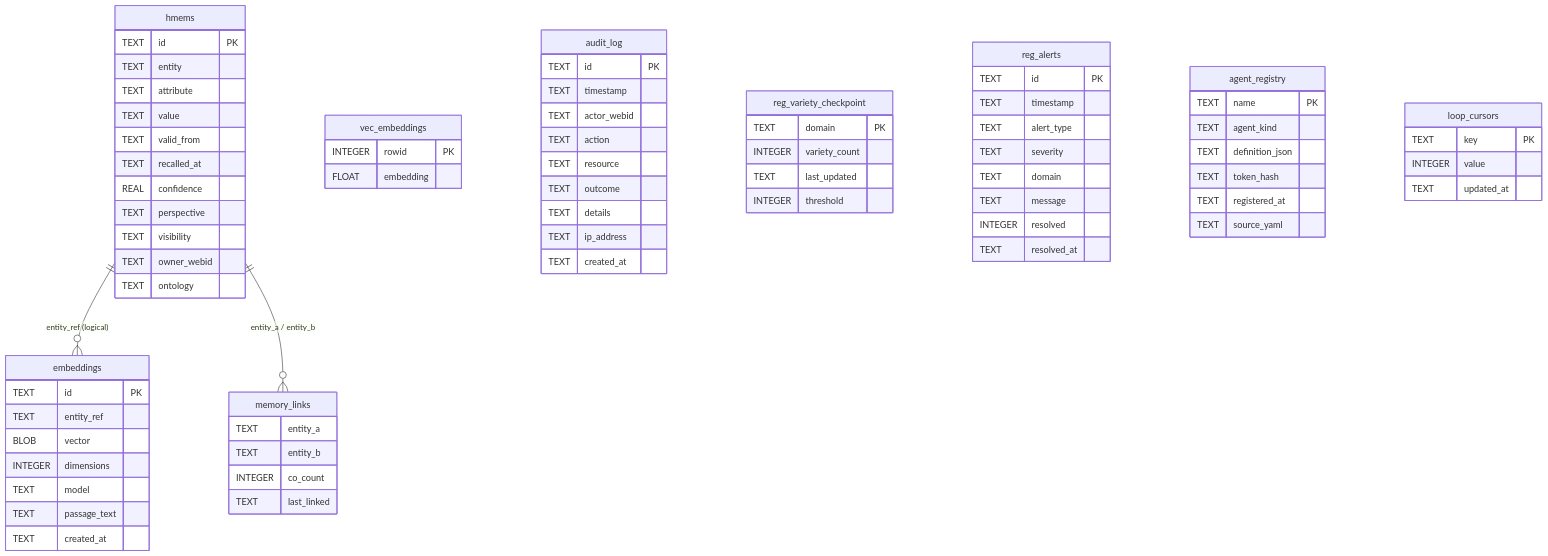
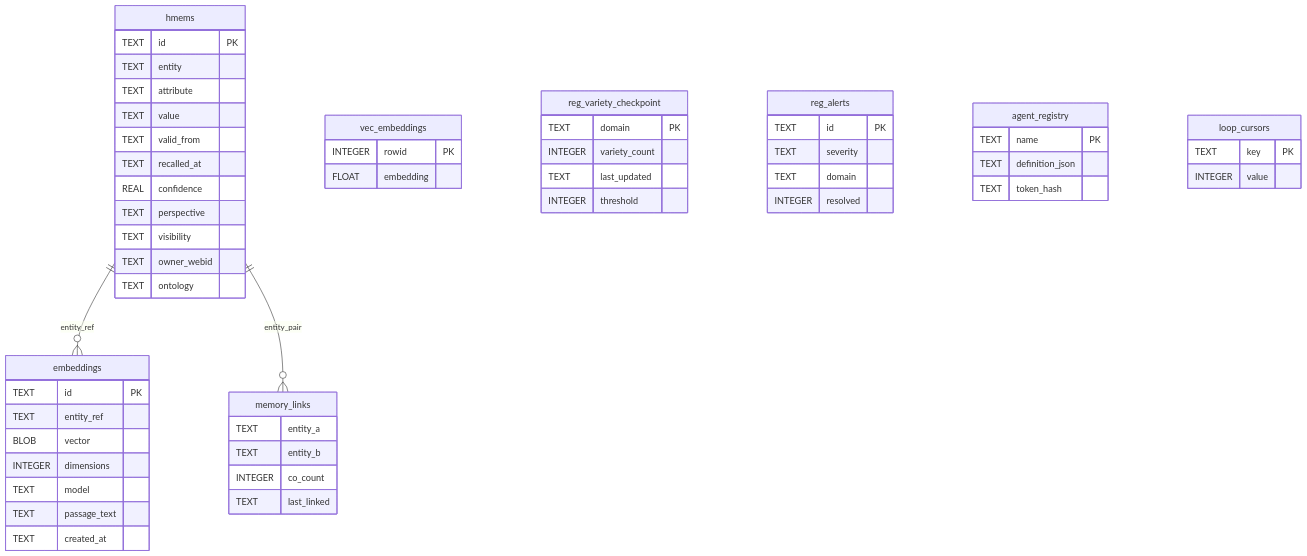
The third of 3 diagrams in kask/docs/diataxis/hkask-storage/reference.md (mdz-axo/zed-kask), drawn with Mermaid before and after one commit. The commit also changed other lines of this file and 12 other files, not shown here.

````diff
--- a/kask/docs/diataxis/hkask-storage/reference.md
+++ b/kask/docs/diataxis/hkask-storage/reference.md
@@ -203,79 +166,58 @@
 ```mermaid
 erDiagram
-    hmems ||--o{ embeddings : "entity_ref (logical)"
-    hmems ||--o{ memory_links : "entity_a / entity_b"
-
+    hmems ||--o{ embeddings : entity_ref
+    hmems ||--o{ memory_links : entity_pair
     hmems {
         TEXT id PK
         TEXT entity
         TEXT attribute
         TEXT value
         TEXT valid_from
-
         TEXT recalled_at
         REAL confidence
         TEXT perspective
         TEXT visibility
         TEXT owner_webid
         TEXT ontology
     }
     embeddings {
         TEXT id PK
         TEXT entity_ref
         BLOB vector
         INTEGER dimensions
         TEXT model
         TEXT passage_text
         TEXT created_at
     }
     vec_embeddings {
         INTEGER rowid PK
         FLOAT embedding
     }
     memory_links {
         TEXT entity_a
         TEXT entity_b
         INTEGER co_count
         TEXT last_linked
     }
-    audit_log {
-        TEXT id PK
-        TEXT timestamp
-        TEXT actor_webid
-        TEXT action
-        TEXT resource
-        TEXT outcome
-        TEXT details
-        TEXT ip_address
-        TEXT created_at
-    }
     reg_variety_checkpoint {
         TEXT domain PK
         INTEGER variety_count
         TEXT last_updated
         INTEGER threshold
     }
     reg_alerts {
         TEXT id PK
-        TEXT timestamp
-        TEXT alert_type
         TEXT severity
         TEXT domain
-        TEXT message
         INTEGER resolved
-        TEXT resolved_at
     }
     agent_registry {
         TEXT name PK
-        TEXT agent_kind
         TEXT definition_json
         TEXT token_hash
-        TEXT registered_at
-        TEXT source_yaml
     }
     loop_cursors {
         TEXT key PK
         INTEGER value
-        TEXT updated_at
     }
 ```
````
